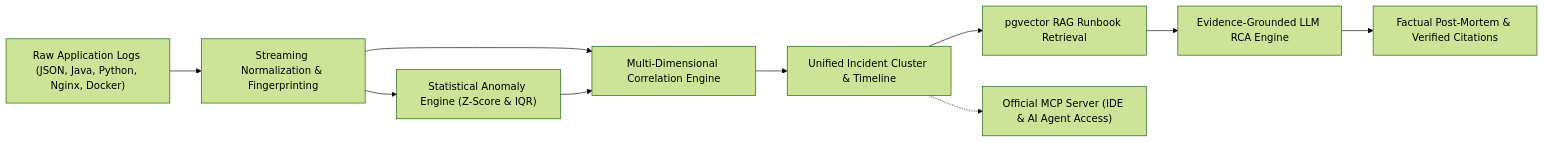
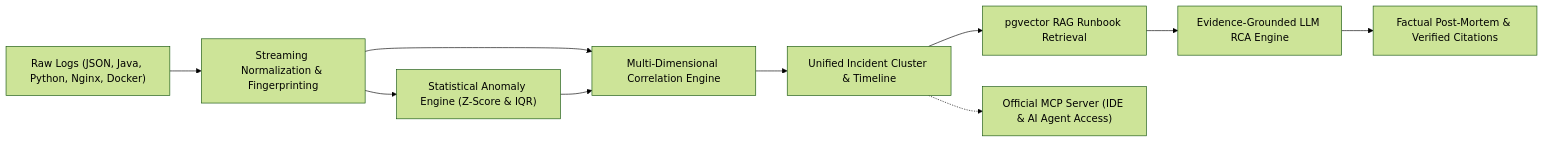
Before and after one commit to anmolvishvas/TraceMind-AI: the diagram in README.md, drawn with Mermaid (forest theme). The commit also changed other lines of this file, not shown here.

````diff
--- a/README.md
+++ b/README.md
@@ -55,12 +56,12 @@
 ```mermaid
 flowchart LR
-    A["Raw Application Logs (JSON, Java, Python, Nginx, Docker)"] --> B["Streaming Normalization & Fingerprinting"]
+    A["Raw Logs (JSON, Java, Python, Nginx, Docker)"] --> B["Streaming Normalization & Fingerprinting"]
     B --> C["Statistical Anomaly Engine (Z-Score & IQR)"]
     B --> D["Multi-Dimensional Correlation Engine"]
     C --> D
     D --> E["Unified Incident Cluster & Timeline"]
     E --> F["pgvector RAG Runbook Retrieval"]
     F --> G["Evidence-Grounded LLM RCA Engine"]
     G --> H["Factual Post-Mortem & Verified Citations"]
     E -.-> I["Official MCP Server (IDE & AI Agent Access)"]
 ```
````
